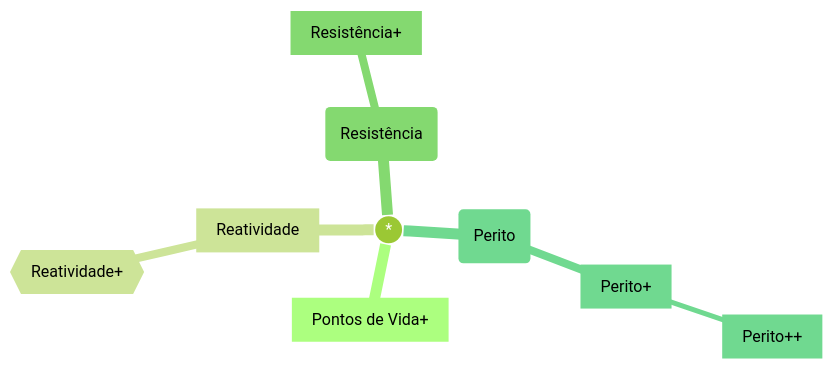
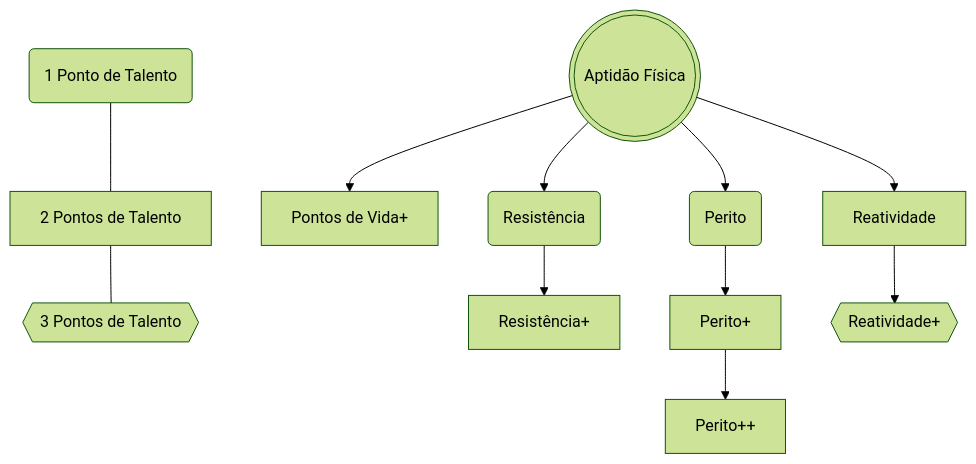
The diagram in content/Talentos/Aptidão Física.md (LuanSilveiraSouza/dnd-5e-jjk-suplement), drawn with Mermaid (forest theme) before and after one commit. The commit also changed other lines of this file and 27 other files, not shown here.

````diff
--- a/content/Talentos/Aptidão Física.md
+++ b/content/Talentos/Aptidão Física.md
@@ -1,12 +2,28 @@
 ```mermaid
-mindmap
-((*))
-	[Pontos de Vida+]
-	[Reatividade]
-		{{Reatividade+}}
-	(Resistência)
-		[Resistência+]
-	(Perito)
-		[Perito+]
-			[Perito++]
+flowchart TD
+
+id90(1 Ponto de Talento)
+id91[2 Pontos de Talento]
+id92{{3 Pontos de Talento}}
+id90 --- id91
+id91 --- id92
+
+id1(((Aptidão Física)))
+id2[Pontos de Vida+]
+id11(Resistência)
+id12[Resistência+]
+id21(Perito)
+id22[Perito+]
+id23[Perito++]
+id31[Reatividade]
+id32{{Reatividade+}}
+
+id1 --> id2
+id1 --> id11
+id11 --> id12
+id1 --> id21
+id21 --> id22
+id22 --> id23
+id1 --> id31
+id31 --> id32
 ```
````
